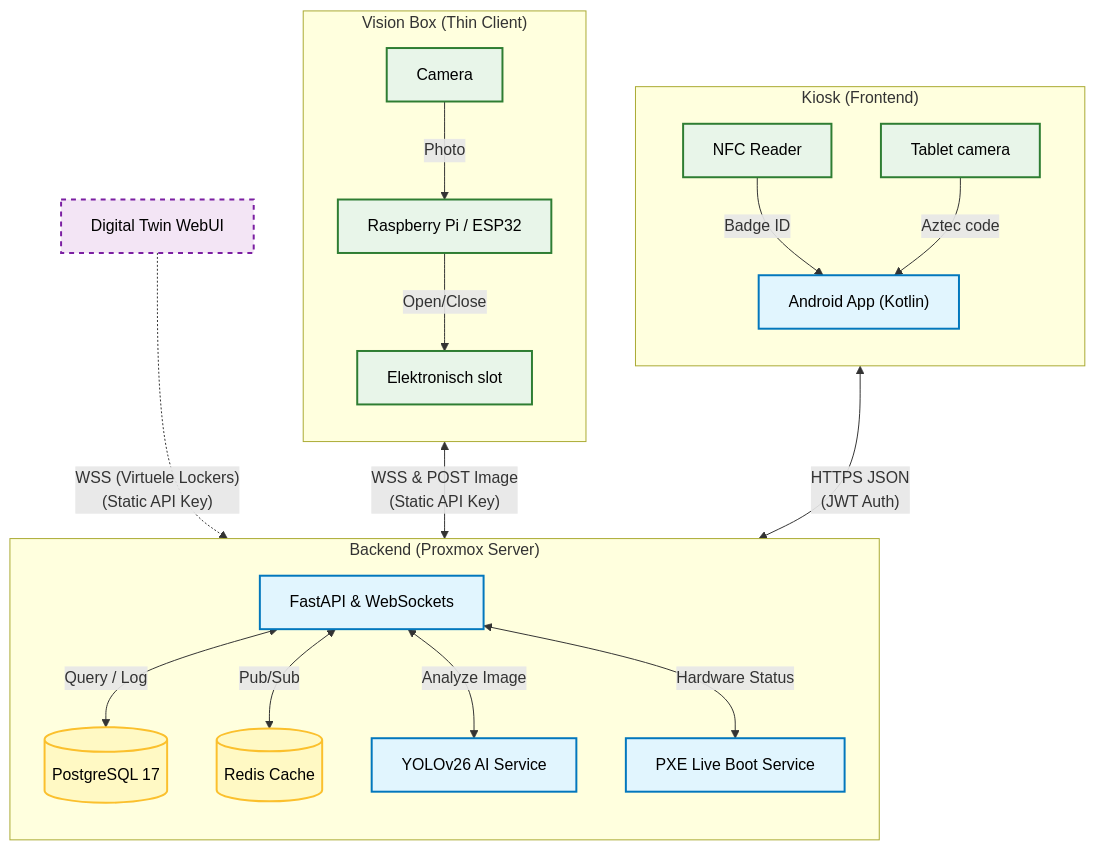
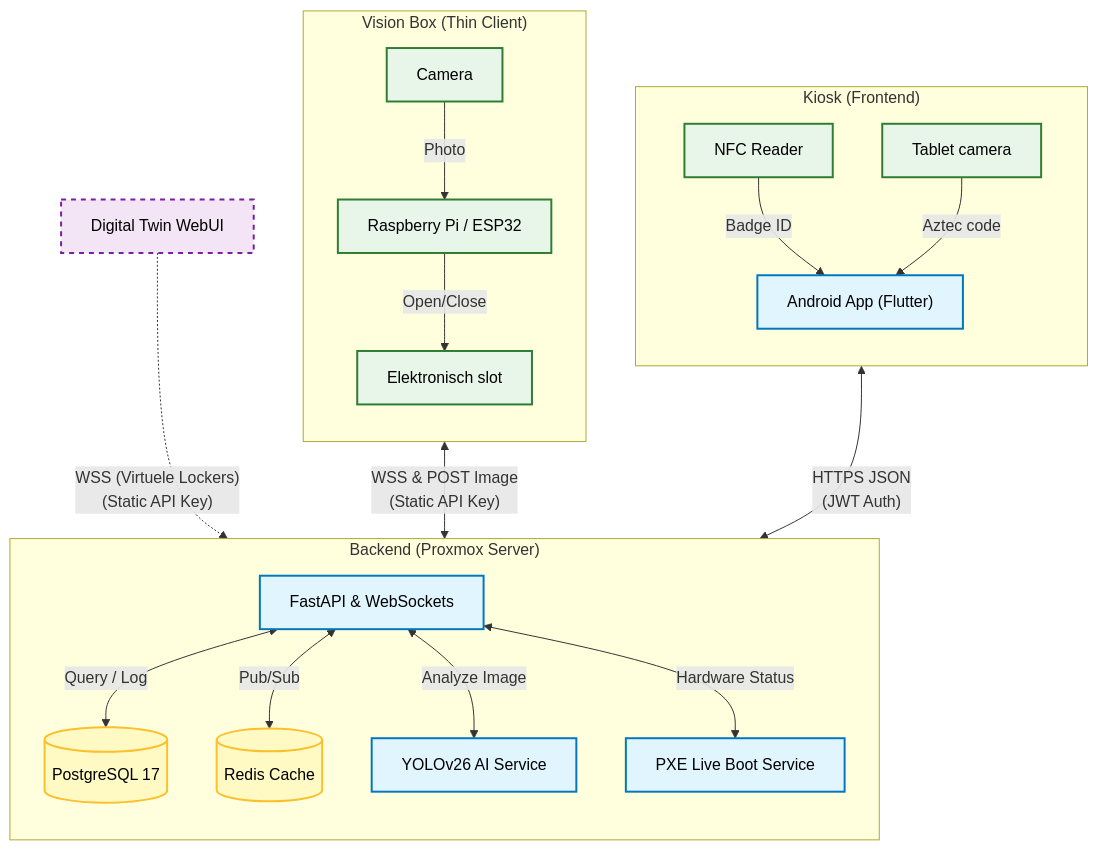
The second of 3 diagrams in docs/architecture.md (easylend-practice-enterprise/easylend), drawn with Mermaid before and after one commit. The commit also changed other lines of this file and 3 other files, not shown here.

Commit message:
docs(architecture): update ERD for YOLOv26 damage reports and switch to Flutter (#14)

````diff
--- a/docs/architecture.md
+++ b/docs/architecture.md
@@ -54,59 +54,59 @@
 ```mermaid
 flowchart TD
     %% STIJLEN (Corporate & Clean)
     classDef soft fill:#E1F5FE,stroke:#0277BD,stroke-width:2px,color:#000;
     classDef hard fill:#E8F5E9,stroke:#2E7D32,stroke-width:2px,color:#000;
     classDef data fill:#FFF9C4,stroke:#FBC02d,stroke-width:2px,color:#000;
     classDef sim  fill:#F3E5F5,stroke:#7B1FA2,stroke-width:2px,stroke-dasharray: 5 5,color:#000;
 
-    %% --- DOMEIN 1: KIOSK (LINKS) ---
+    %% DOMEIN 1: KIOSK (LINKS)
     subgraph Kiosk ["Kiosk (Frontend)"]
         direction TB
         NFC[NFC Reader]:::hard
         CamTab["Tablet camera"]:::hard
-        App["Android App (Kotlin)"]:::soft
+        App["Android App (Flutter)"]:::soft
         
         NFC -->|Badge ID| App
         CamTab -->|Aztec code| App
     end
 
-    %% --- DOMEIN 2: BACKEND (MIDDEN) ---
+    %% DOMEIN 2: BACKEND (MIDDEN)
     subgraph Backend ["Backend (Proxmox Server)"]
         direction TB
         API["FastAPI & WebSockets"]:::soft
         AIService["YOLOv26 AI Service"]:::soft
         PXE["PXE Live Boot Service"]:::soft
         DB[(PostgreSQL 17)]:::data
         Redis[(Redis Cache)]:::data
         
         API <-->|"Query / Log"| DB
         API <-->|"Pub/Sub"| Redis
         API <-->|"Analyze Image"| AIService
         API <-->|"Hardware Status"| PXE
     end
 
-    %% --- DOMEIN 3: VISION BOX (RECHTS) ---
+    %% DOMEIN 3: VISION BOX (RECHTS)
     subgraph Box ["Vision Box (Thin Client)"]
         direction TB
         RPi["Raspberry Pi / ESP32"]:::hard
         CamBox[Camera]:::hard
         Lock["Elektronisch slot"]:::hard
         
         CamBox -->|Photo| RPi
         RPi -->|"Open/Close"| Lock
     end
 
-    %% --- SIMULATIE (ONDER) ---
+    %% SIMULATIE (ONDER)
     Sim["Digital Twin WebUI"]:::sim
 
-    %% --- HOOFD VERBINDINGEN ---
+    %% HOOFD VERBINDINGEN
     
     %% Kiosk praat met API
     App <-->|"HTTPS JSON<br/>(JWT Auth)"| API
 
     %% API praat met Box
     RPi <-->|"WSS & POST Image<br/>(Static API Key)"| API
 
     %% Simulatie test de API
     Sim -.->|"WSS (Virtuele Lockers)<br/>(Static API Key)"| API
 ```
````
